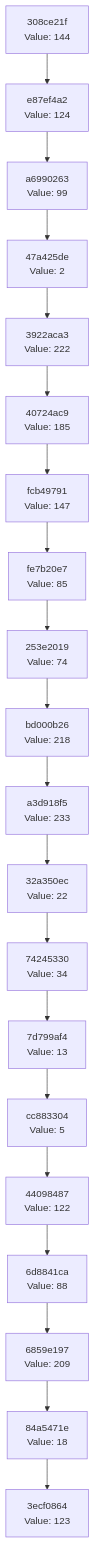
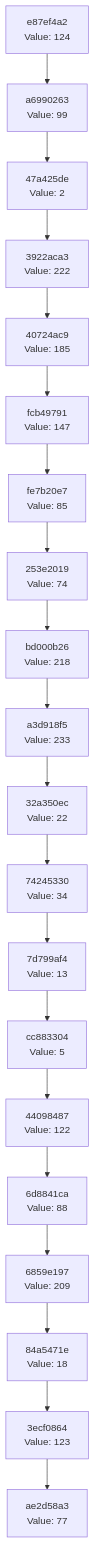
One commit to Abhisheksinha1506/hash-chain-evolver changed the diagram in docs/CHAIN_VISUALIZATION.md. Above: the diagram before and after it, drawn with Mermaid. The commit also changed 3 other files, not shown here.

````diff
--- a/docs/CHAIN_VISUALIZATION.md
+++ b/docs/CHAIN_VISUALIZATION.md
@@ -3,42 +3,42 @@
 ```mermaid
 graph TD
-    C0["3ecf0864<br/>Value: 123"]
-    C1["84a5471e<br/>Value: 18"]
+    C0["ae2d58a3<br/>Value: 77"]
+    C1["3ecf0864<br/>Value: 123"]
     C1 --> C0
-    C2["6859e197<br/>Value: 209"]
+    C2["84a5471e<br/>Value: 18"]
     C2 --> C1
-    C3["6d8841ca<br/>Value: 88"]
+    C3["6859e197<br/>Value: 209"]
     C3 --> C2
-    C4["44098487<br/>Value: 122"]
+    C4["6d8841ca<br/>Value: 88"]
     C4 --> C3
-    C5["cc883304<br/>Value: 5"]
+    C5["44098487<br/>Value: 122"]
     C5 --> C4
-    C6["7d799af4<br/>Value: 13"]
+    C6["cc883304<br/>Value: 5"]
     C6 --> C5
-    C7["74245330<br/>Value: 34"]
+    C7["7d799af4<br/>Value: 13"]
     C7 --> C6
-    C8["32a350ec<br/>Value: 22"]
+    C8["74245330<br/>Value: 34"]
     C8 --> C7
-    C9["a3d918f5<br/>Value: 233"]
+    C9["32a350ec<br/>Value: 22"]
     C9 --> C8
-    C10["bd000b26<br/>Value: 218"]
+    C10["a3d918f5<br/>Value: 233"]
     C10 --> C9
-    C11["253e2019<br/>Value: 74"]
+    C11["bd000b26<br/>Value: 218"]
     C11 --> C10
-    C12["fe7b20e7<br/>Value: 85"]
+    C12["253e2019<br/>Value: 74"]
     C12 --> C11
-    C13["fcb49791<br/>Value: 147"]
+    C13["fe7b20e7<br/>Value: 85"]
     C13 --> C12
-    C14["40724ac9<br/>Value: 185"]
+    C14["fcb49791<br/>Value: 147"]
     C14 --> C13
-    C15["3922aca3<br/>Value: 222"]
+    C15["40724ac9<br/>Value: 185"]
     C15 --> C14
-    C16["47a425de<br/>Value: 2"]
+    C16["3922aca3<br/>Value: 222"]
     C16 --> C15
-    C17["a6990263<br/>Value: 99"]
+    C17["47a425de<br/>Value: 2"]
     C17 --> C16
-    C18["e87ef4a2<br/>Value: 124"]
+    C18["a6990263<br/>Value: 99"]
     C18 --> C17
-    C19["308ce21f<br/>Value: 144"]
+    C19["e87ef4a2<br/>Value: 124"]
     C19 --> C18
 ```
````
